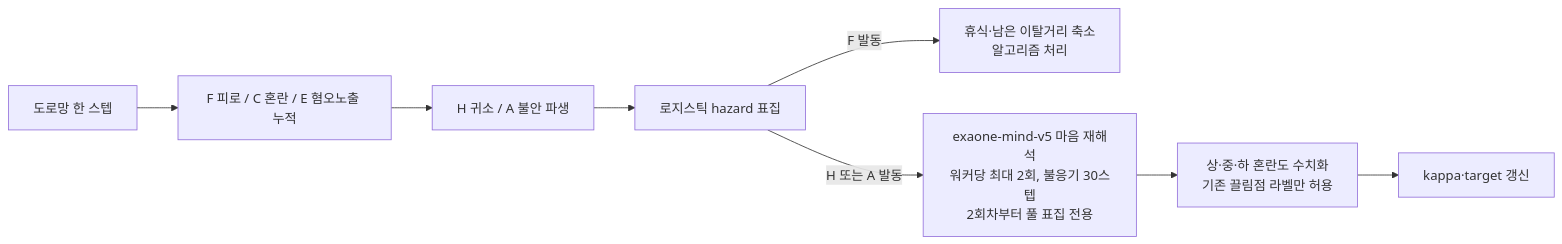
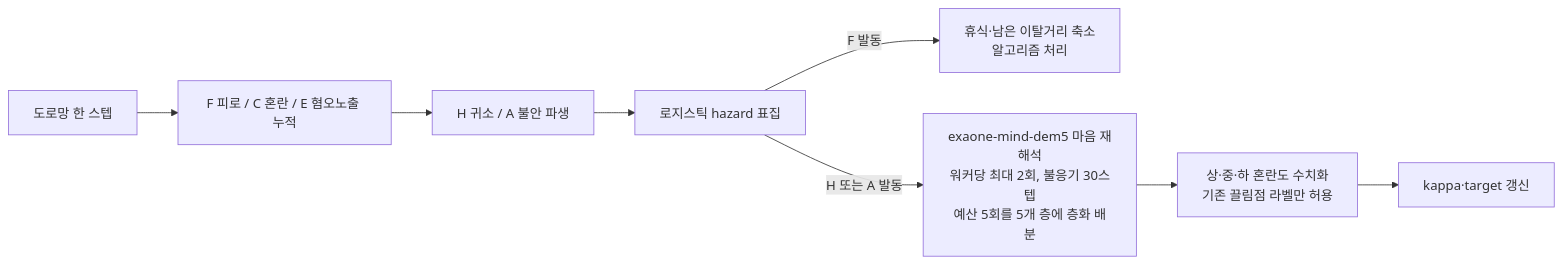
Before and after one commit to Donghaeng-AI-ROOKIE/Come-back-home: the eighth of 12 diagrams in docs/IMPLEMENTATION_ARCHITECTURE.md, drawn with Mermaid. The commit also changed other lines of this file and 6 other files, not shown here.

````diff
--- a/docs/IMPLEMENTATION_ARCHITECTURE.md
+++ b/docs/IMPLEMENTATION_ARCHITECTURE.md
@@ -477,10 +489,10 @@
 ```mermaid
 flowchart LR
     STEP["도로망 한 스텝"] --> FCE["F 피로 / C 혼란 / E 혐오노출 누적"]
     FCE --> HA["H 귀소 / A 불안 파생"]
     HA --> HAZ["로지스틱 hazard 표집"]
     HAZ -- "F 발동" --> ALG["휴식·남은 이탈거리 축소<br/>알고리즘 처리"]
-    HAZ -- "H 또는 A 발동" --> LLM["exaone-mind-v5 마음 재해석<br/>워커당 최대 2회, 불응기 30스텝<br/>2회차부터 풀 표집 전용"]
+    HAZ -- "H 또는 A 발동" --> LLM["exaone-mind-dem5 마음 재해석<br/>워커당 최대 2회, 불응기 30스텝<br/>예산 5회를 5개 층에 층화 배분"]
     LLM --> SAFE["상·중·하 혼란도 수치화<br/>기존 끌림점 라벨만 허용"]
     SAFE --> MOVE["kappa·target 갱신"]
 ```
````
